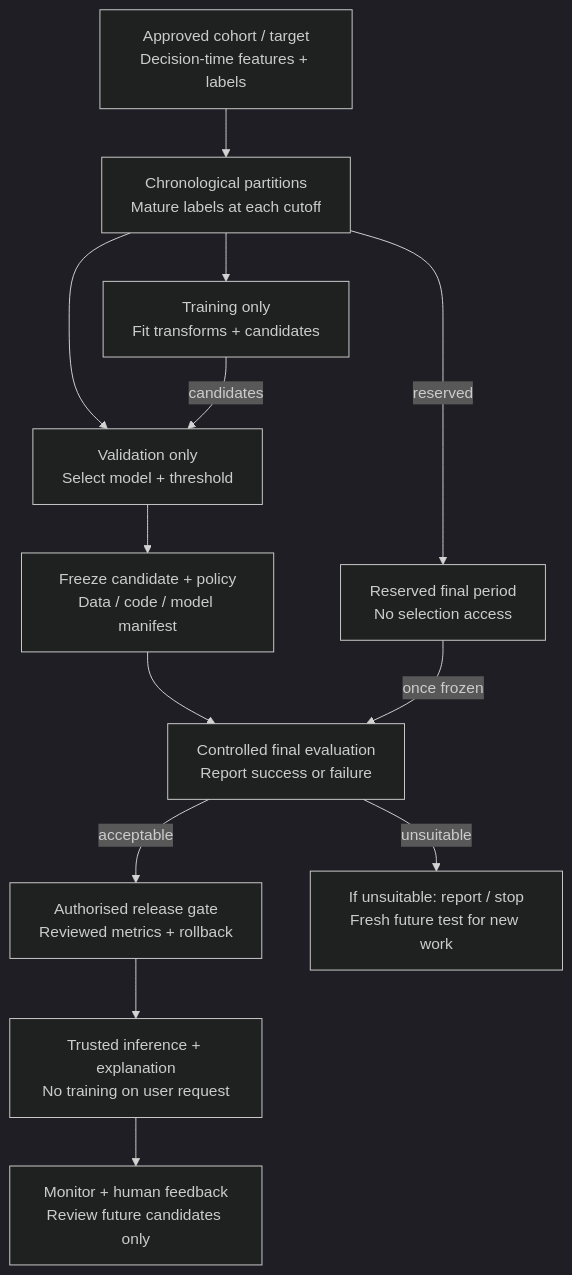
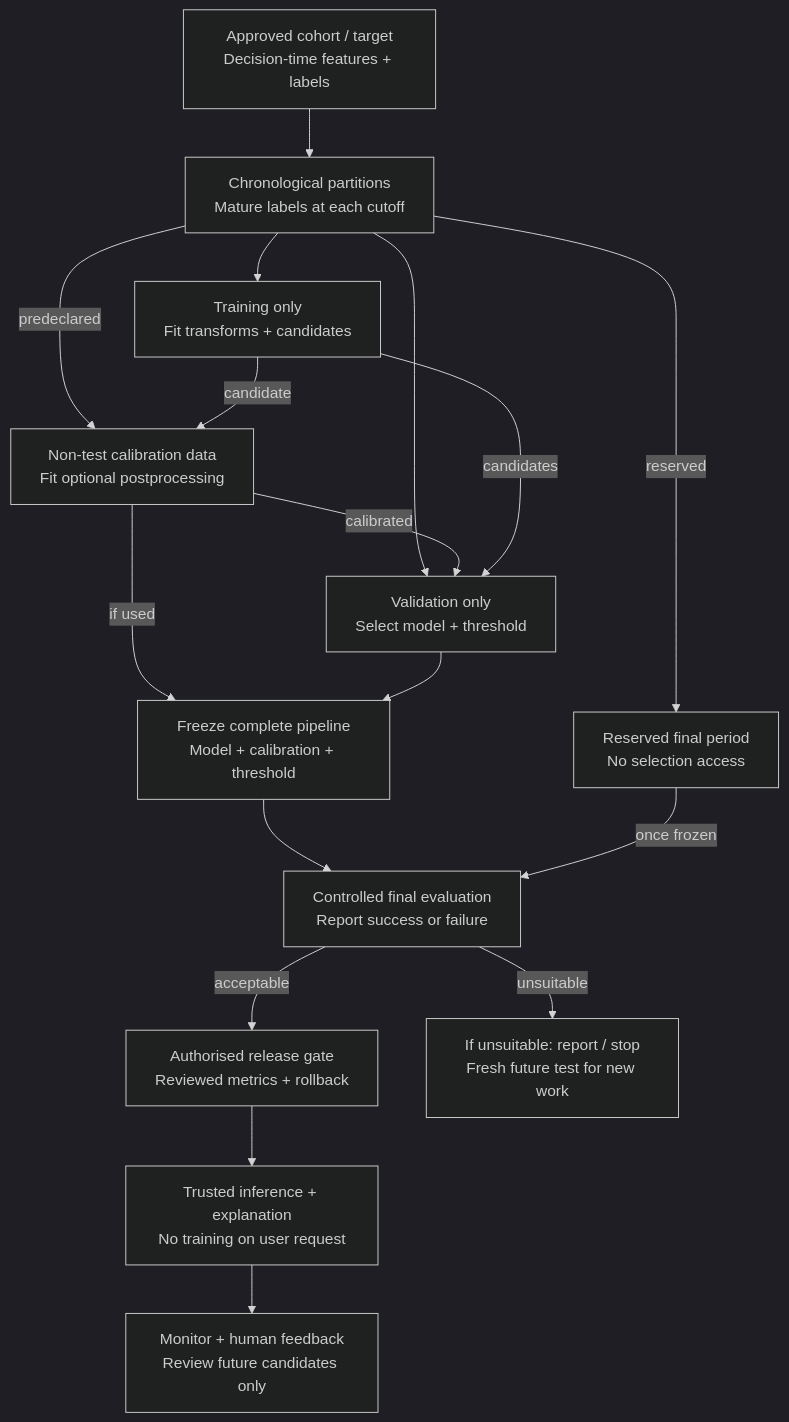
The third of 3 diagrams in docs/ARCHITECTURE.md (kasanket64-prog/procurement-project), drawn with Mermaid (dark theme) before and after one commit. The commit also changed other lines of this file and 5 other files, not shown here.

Commit message:
docs: resolve SRS evaluation and architecture review gaps

````diff
--- a/docs/ARCHITECTURE.md
+++ b/docs/ARCHITECTURE.md
@@ -90,26 +98,31 @@
 ```mermaid
 flowchart TD
     cohort["Approved cohort / target<br/>Decision-time features + labels"]
     split["Chronological partitions<br/>Mature labels at each cutoff"]
     train["Training only<br/>Fit transforms + candidates"]
+    calibration["Non-test calibration data<br/>Fit optional postprocessing"]
     validation["Validation only<br/>Select model + threshold"]
     test["Reserved final period<br/>No selection access"]
-    freeze["Freeze candidate + policy<br/>Data / code / model manifest"]
+    freeze["Freeze complete pipeline<br/>Model + calibration + threshold"]
     evaluate["Controlled final evaluation<br/>Report success or failure"]
     release["Authorised release gate<br/>Reviewed metrics + rollback"]
     report["If unsuitable: report / stop<br/>Fresh future test for new work"]
     inference["Trusted inference + explanation<br/>No training on user request"]
     monitor["Monitor + human feedback<br/>Review future candidates only"]
     cohort --> split
     split --> train
     split --> validation
     split -->|"reserved"| test
+    split -->|"predeclared"| calibration
+    train -->|"candidate"| calibration
+    calibration -->|"calibrated"| validation
+    calibration -->|"if used"| freeze
     train -->|"candidates"| validation
     validation --> freeze
     freeze --> evaluate
     test -->|"once frozen"| evaluate
     evaluate -->|"acceptable"| release
     evaluate -->|"unsuitable"| report
     release --> inference
     inference --> monitor
 ```
````
